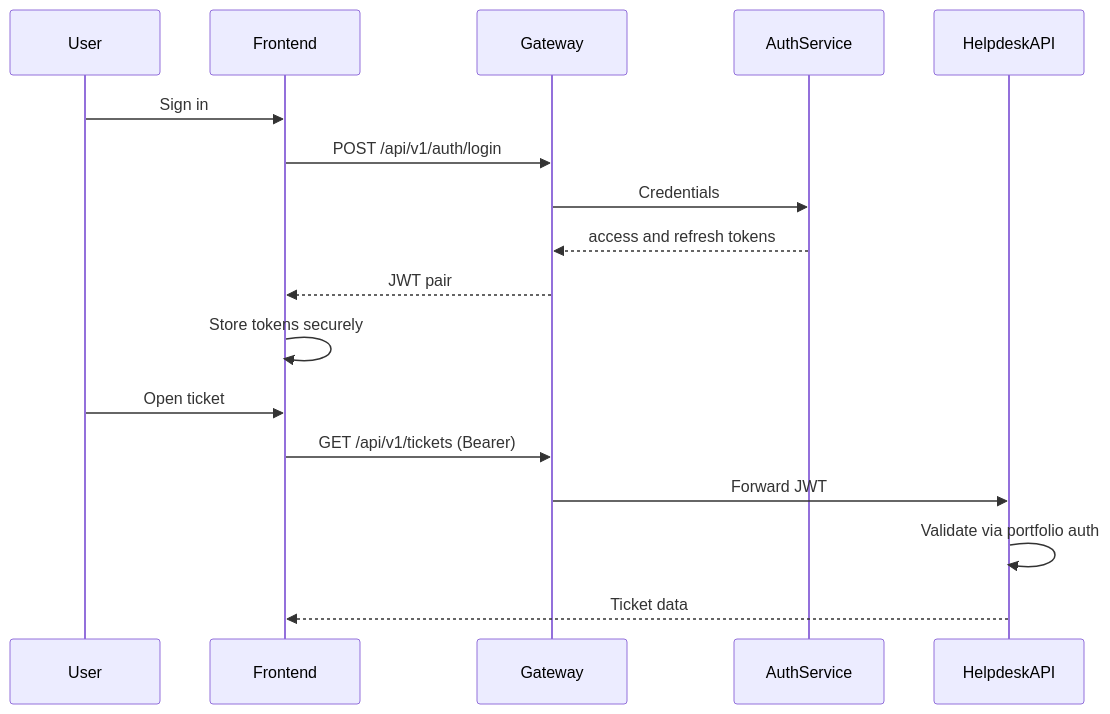
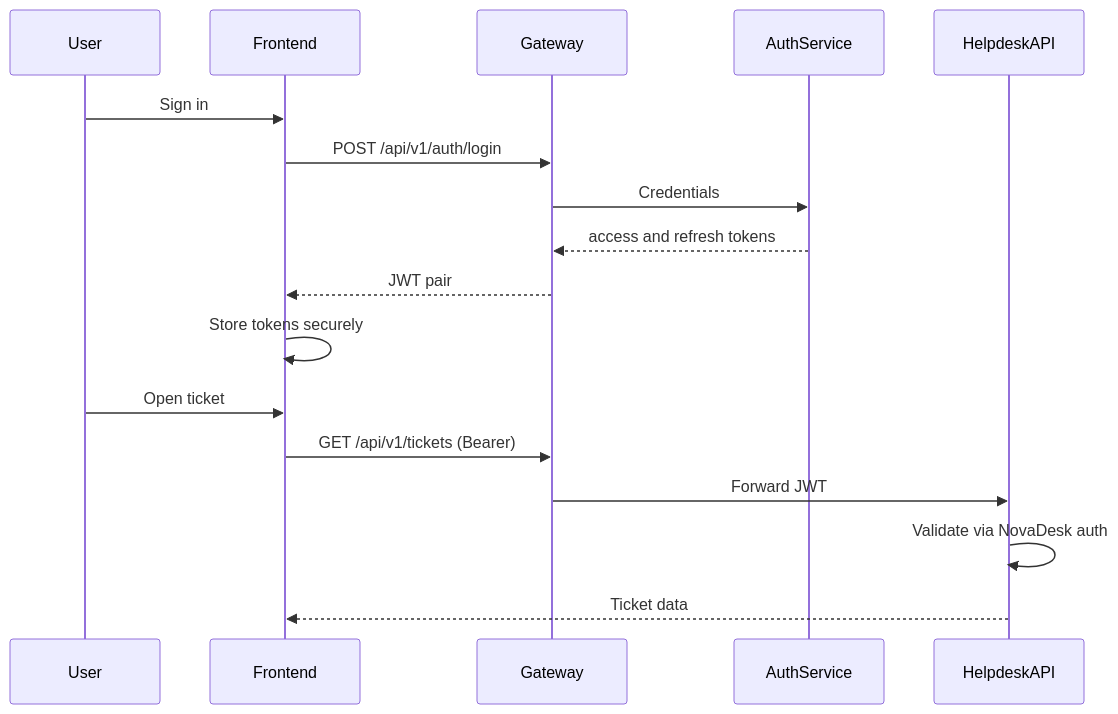
The fifth of 9 diagrams in services/helpdesk-api/docs/ARCHITECTURE.md (hong-liqi/novadesk), drawn with Mermaid before and after one commit. The commit also changed 254 other files, not shown here.

First line of the commit message:
refactor(infra): rename Portfolio OS to NovaDesk across monorepo

````diff
--- a/services/helpdesk-api/docs/ARCHITECTURE.md
+++ b/services/helpdesk-api/docs/ARCHITECTURE.md
@@ -140,21 +140,21 @@
 ```mermaid
 sequenceDiagram
   participant User
   participant Frontend
   participant Gateway
   participant AuthService
   participant HelpdeskAPI
 
   User->>Frontend: Sign in
   Frontend->>Gateway: POST /api/v1/auth/login
   Gateway->>AuthService: Credentials
   AuthService-->>Gateway: access and refresh tokens
   Gateway-->>Frontend: JWT pair
   Frontend->>Frontend: Store tokens securely
 
   User->>Frontend: Open ticket
   Frontend->>Gateway: GET /api/v1/tickets (Bearer)
   Gateway->>HelpdeskAPI: Forward JWT
-  HelpdeskAPI->>HelpdeskAPI: Validate via portfolio auth
+  HelpdeskAPI->>HelpdeskAPI: Validate via NovaDesk auth
   HelpdeskAPI-->>Frontend: Ticket data
 ```
````
